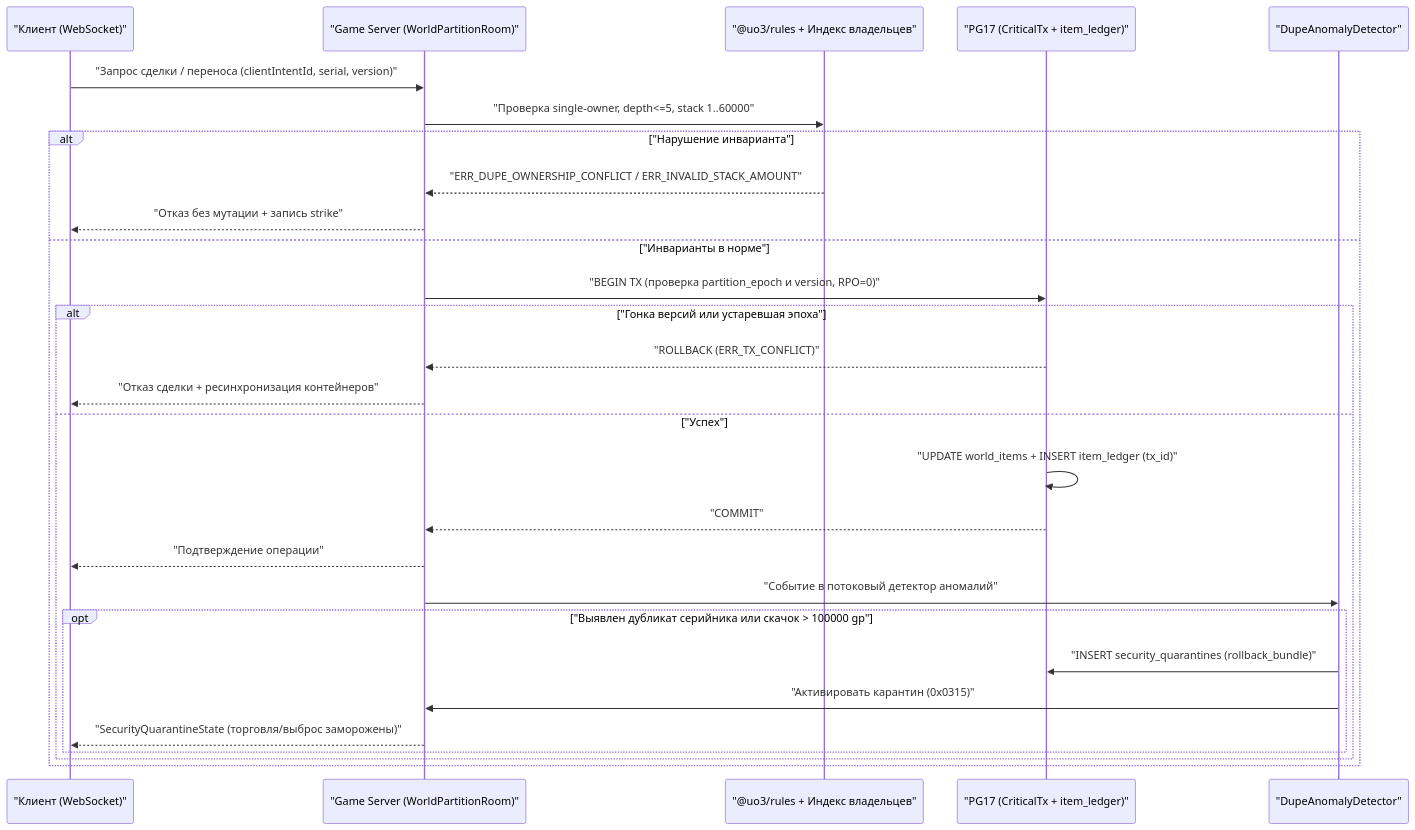
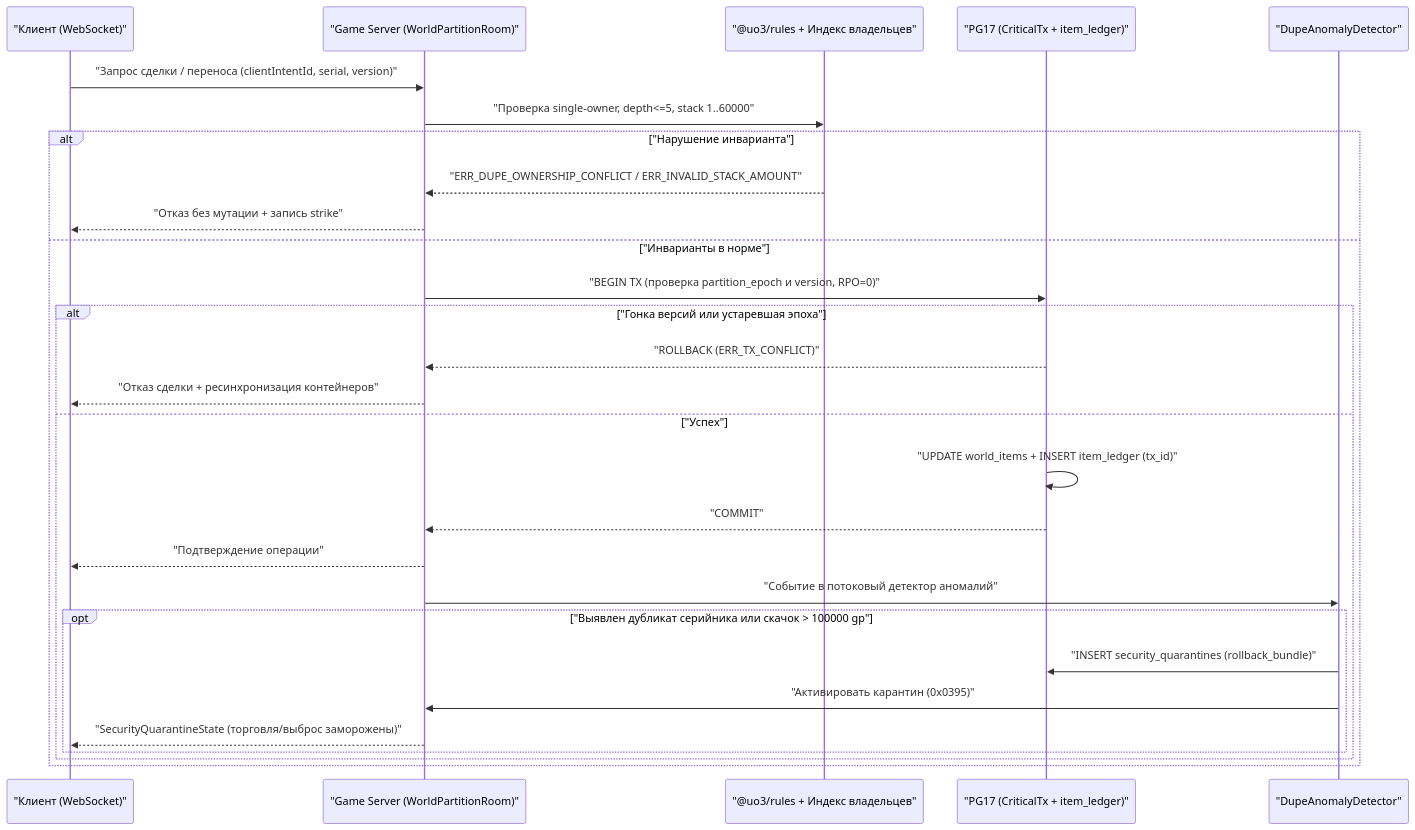
The second of 3 diagrams in openspec/changes/p31-security-and-anti-cheat/design.md (SergioAndreev/uo3), drawn with Mermaid before and after one commit. The commit also changed other lines of this file and 188 other files, not shown here.

````diff
--- a/openspec/changes/p31-security-and-anti-cheat/design.md
+++ b/openspec/changes/p31-security-and-anti-cheat/design.md
@@ -186,31 +188,31 @@
 ```mermaid
 sequenceDiagram
     participant C as "Клиент (WebSocket)"
     participant GS as "Game Server (WorldPartitionRoom)"
     participant Rules as "@uo3/rules + Индекс владельцев"
     participant PG as "PG17 (CriticalTx + item_ledger)"
     participant Det as "DupeAnomalyDetector"
 
     C->>GS: "Запрос сделки / переноса (clientIntentId, serial, version)"
     GS->>Rules: "Проверка single-owner, depth<=5, stack 1..60000"
     alt "Нарушение инварианта"
         Rules-->>GS: "ERR_DUPE_OWNERSHIP_CONFLICT / ERR_INVALID_STACK_AMOUNT"
         GS-->>C: "Отказ без мутации + запись strike"
     else "Инварианты в норме"
         GS->>PG: "BEGIN TX (проверка partition_epoch и version, RPO=0)"
         alt "Гонка версий или устаревшая эпоха"
             PG-->>GS: "ROLLBACK (ERR_TX_CONFLICT)"
             GS-->>C: "Отказ сделки + ресинхронизация контейнеров"
         else "Успех"
             PG->>PG: "UPDATE world_items + INSERT item_ledger (tx_id)"
             PG-->>GS: "COMMIT"
             GS-->>C: "Подтверждение операции"
             GS->>Det: "Событие в потоковый детектор аномалий"
             opt "Выявлен дубликат серийника или скачок > 100000 gp"
                 Det->>PG: "INSERT security_quarantines (rollback_bundle)"
-                Det->>GS: "Активировать карантин (0x0315)"
+                Det->>GS: "Активировать карантин (0x0395)"
                 GS-->>C: "SecurityQuarantineState (торговля/выброс заморожены)"
             end
         end
     end
 ```
````
